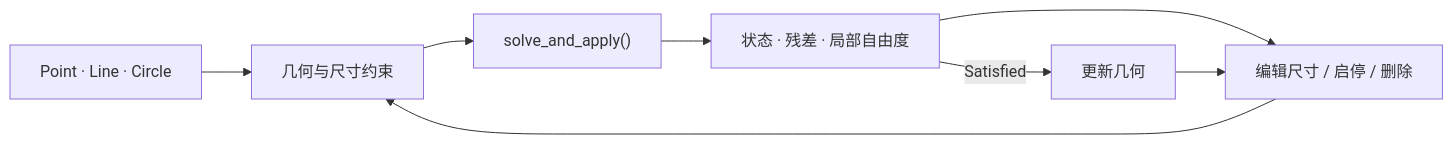
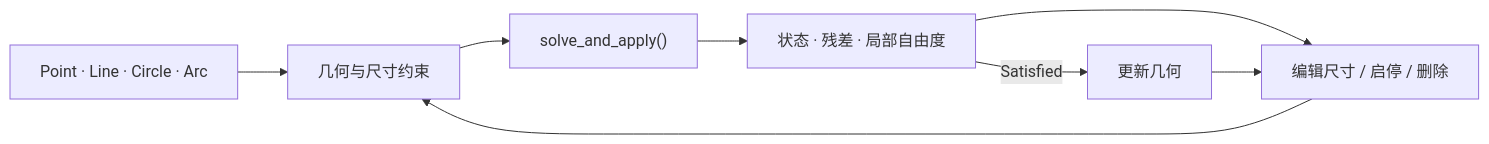
The diagram in README.md (mik1e80/moonbit-cad-sketch), drawn with Mermaid before and after one commit. The commit also changed other lines of this file and 63 other files, not shown here.

````diff
--- a/README.md
+++ b/README.md
@@ -98,10 +107,10 @@
 ```mermaid
 flowchart LR
-    G["Point · Line · Circle"] --> C["几何与尺寸约束"]
+    G["Point · Line · Circle · Arc"] --> C["几何与尺寸约束"]
     C --> S["solve_and_apply()"]
     S --> R["状态 · 残差 · 局部自由度"]
     R -->|"Satisfied"| U["更新几何"]
     R --> E["编辑尺寸 / 启停 / 删除"]
     U --> E
     E --> C
 ```
````
